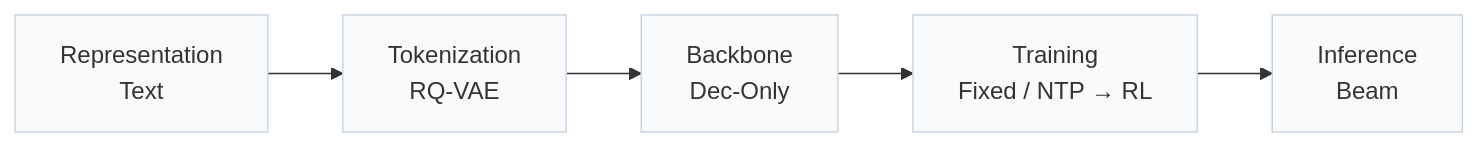
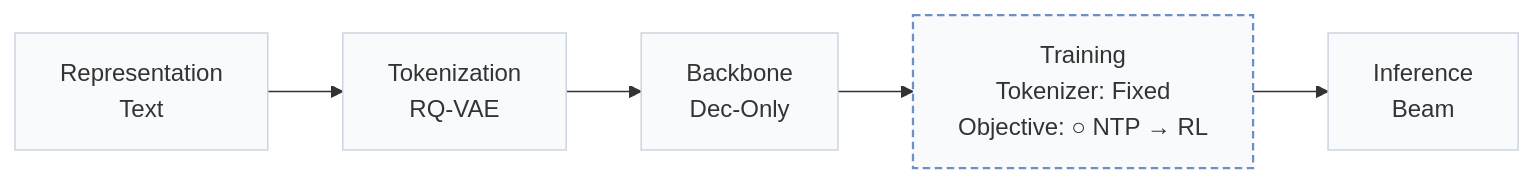
Before and after one commit to Galaxy-ghost/Awesome-SID-Generative-Rec: the first of 3 diagrams in pages/papers/minionerec.md, drawn with Mermaid. The commit also changed other lines of this file and 558 other files, not shown here.

````diff
--- a/pages/papers/minionerec.md
+++ b/pages/papers/minionerec.md
@@ -15,6 +19,8 @@
 ```mermaid
 flowchart LR
-    R["Representation<br/>Text"] --> T["Tokenization<br/>RQ-VAE"] --> B["Backbone<br/>Dec-Only"] --> TR["Training<br/>Fixed / NTP → RL"] --> I["Inference<br/>Beam"]
+    R["Representation<br/>Text"] --> T["Tokenization<br/>RQ-VAE"] --> B["Backbone<br/>Dec-Only"] --> TR["Training<br/>Tokenizer: Fixed<br/>Objective: ○ NTP → RL"] --> I["Inference<br/>Beam"]
     classDef base fill:#f8fafc,stroke:#cbd5e1
     class R,T,B,TR,I base
+    classDef other fill:#f8fafc,stroke:#6b8fc7,stroke-width:1.5px,stroke-dasharray:5 3
+    class TR other
 ```
````
